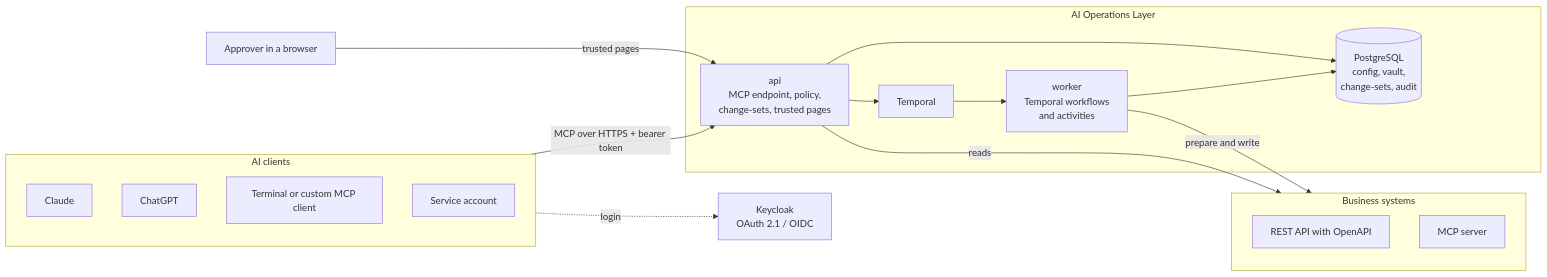
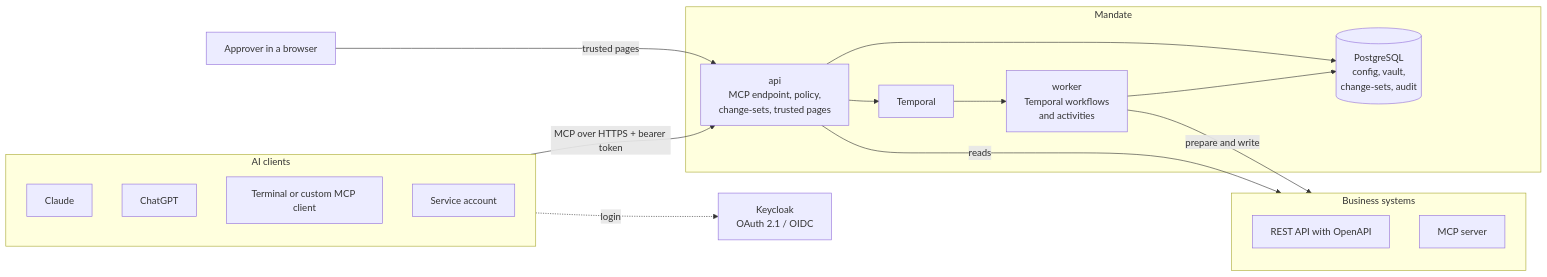
One commit to serhii-f8/mandate changed the first of 3 diagrams in docs/guide/architecture.md. Above: the diagram before and after it, drawn with Mermaid. The commit also changed other lines of this file and 890 other files, not shown here.

````diff
--- a/docs/guide/architecture.md
+++ b/docs/guide/architecture.md
@@ -17,31 +17,31 @@
 ```mermaid
 flowchart LR
   subgraph clients [AI clients]
     C1[Claude]
     C2[ChatGPT]
     C3[Terminal or custom MCP client]
     C4[Service account]
   end
-  subgraph platform [AI Operations Layer]
+  subgraph platform [Mandate]
     API[api<br/>MCP endpoint, policy,<br/>change-sets, trusted pages]
     W[worker<br/>Temporal workflows<br/>and activities]
     PG[(PostgreSQL<br/>config, vault,<br/>change-sets, audit)]
     T[Temporal]
   end
   IDP[Keycloak<br/>OAuth 2.1 / OIDC]
   subgraph upstream [Business systems]
     U1[REST API with OpenAPI]
     U2[MCP server]
   end
   P[Approver in a browser]
 
   clients -- "MCP over HTTPS + bearer token" --> API
   clients -. "login" .-> IDP
   P -- "trusted pages" --> API
   API --> PG
   API --> T
   T --> W
   W --> PG
   API -- "reads" --> upstream
   W -- "prepare and write" --> upstream
 ```
````
